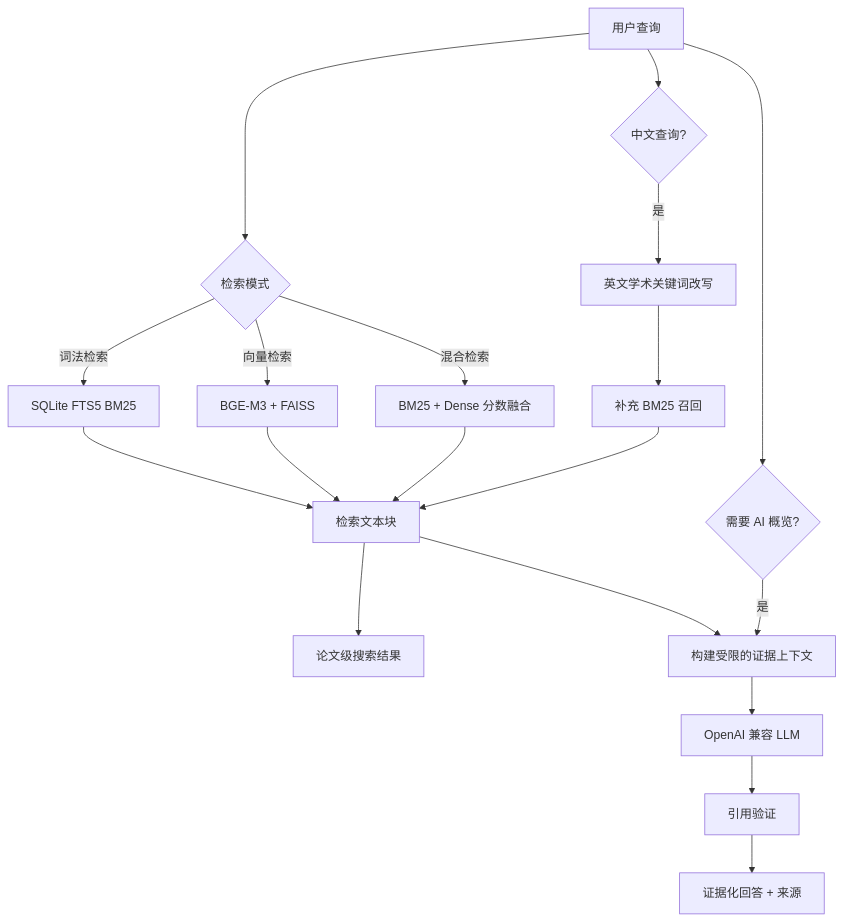
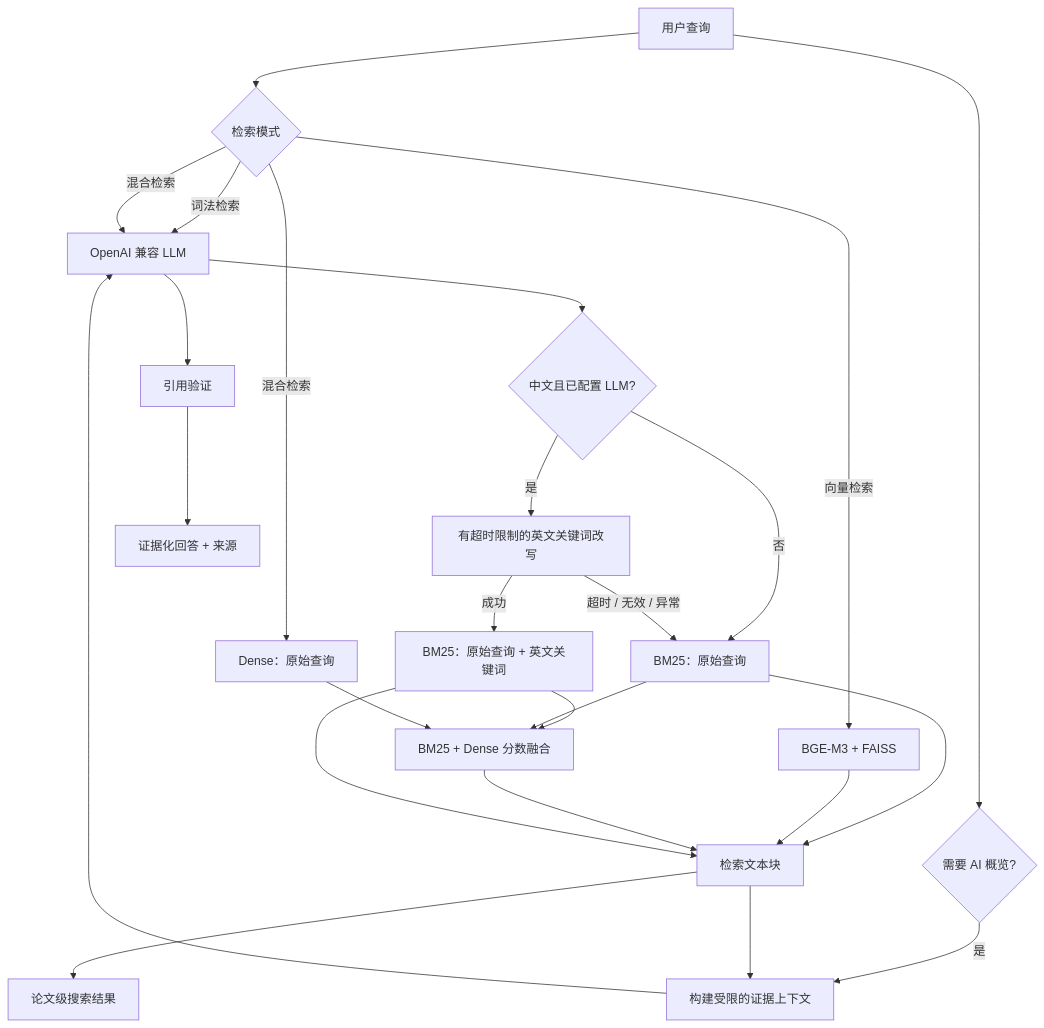
One commit to Akari6657/Ragsearch changed the diagram in README.zh-CN.md. Above: the diagram before and after it, drawn with Mermaid. The commit also changed other lines of this file and 15 other files, not shown here.

````diff
--- a/README.zh-CN.md
+++ b/README.zh-CN.md
@@ -64,24 +64,30 @@
 ```mermaid
 flowchart TD
     Q[用户查询] --> M{检索模式}
-    M -->|词法检索| B[SQLite FTS5 BM25]
+    M -->|词法检索| L[准备词法查询]
     M -->|向量检索| D[BGE-M3 + FAISS]
-    M -->|混合检索| H[BM25 + Dense 分数融合]
+    M -->|混合检索| L
+    M -->|混合检索| Y[Dense：原始查询]
 
-    Q --> Z{中文查询?}
-    Z -->|是| W[英文学术关键词改写]
-    W --> X[补充 BM25 召回]
+    L --> Z{中文且已配置 LLM?}
+    Z -->|否| B[BM25：原始查询]
+    Z -->|是| W[有超时限制的英文关键词改写]
+    W -->|成功| X[BM25：原始查询 + 英文关键词]
+    W -->|超时 / 无效 / 异常| B
+    X --> H[BM25 + Dense 分数融合]
+    B --> H
+    Y --> H
 
     B --> C[检索文本块]
     D --> C
     H --> C
     X --> C
     C --> P[论文级搜索结果]
 
     Q --> R{需要 AI 概览?}
     R -->|是| E[构建受限的证据上下文]
     C --> E
     E --> L[OpenAI 兼容 LLM]
     L --> V[引用验证]
     V --> A[证据化回答 + 来源]
 ```
````
